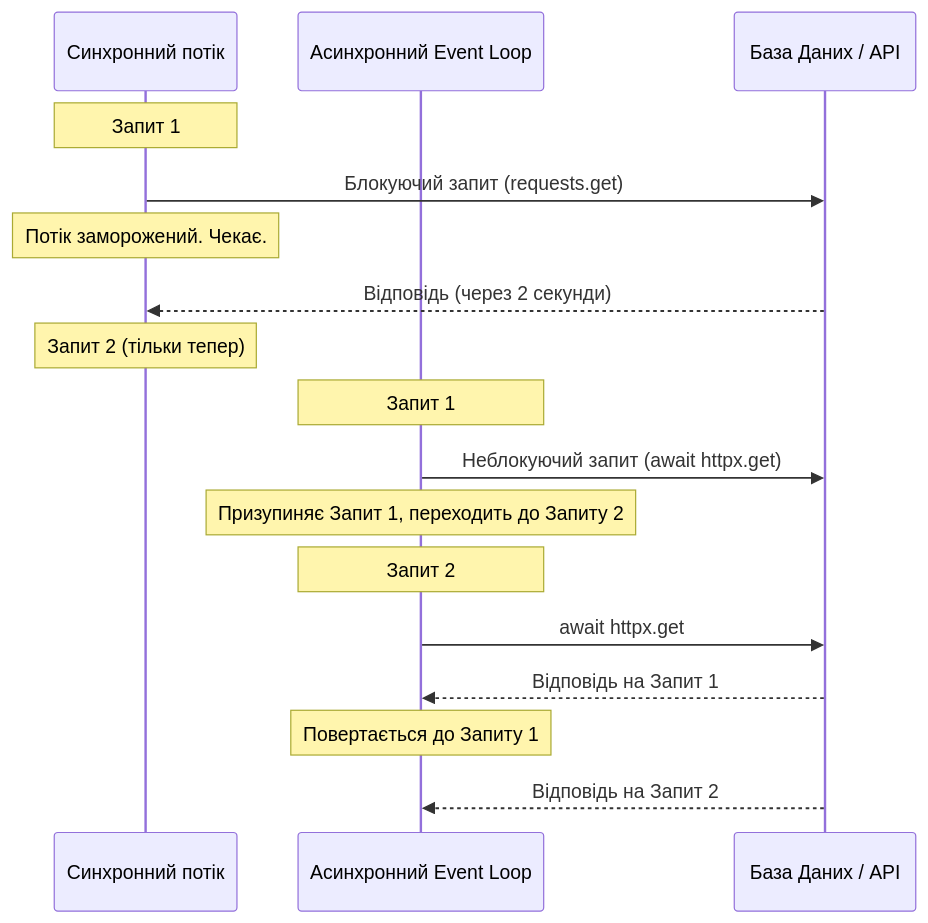
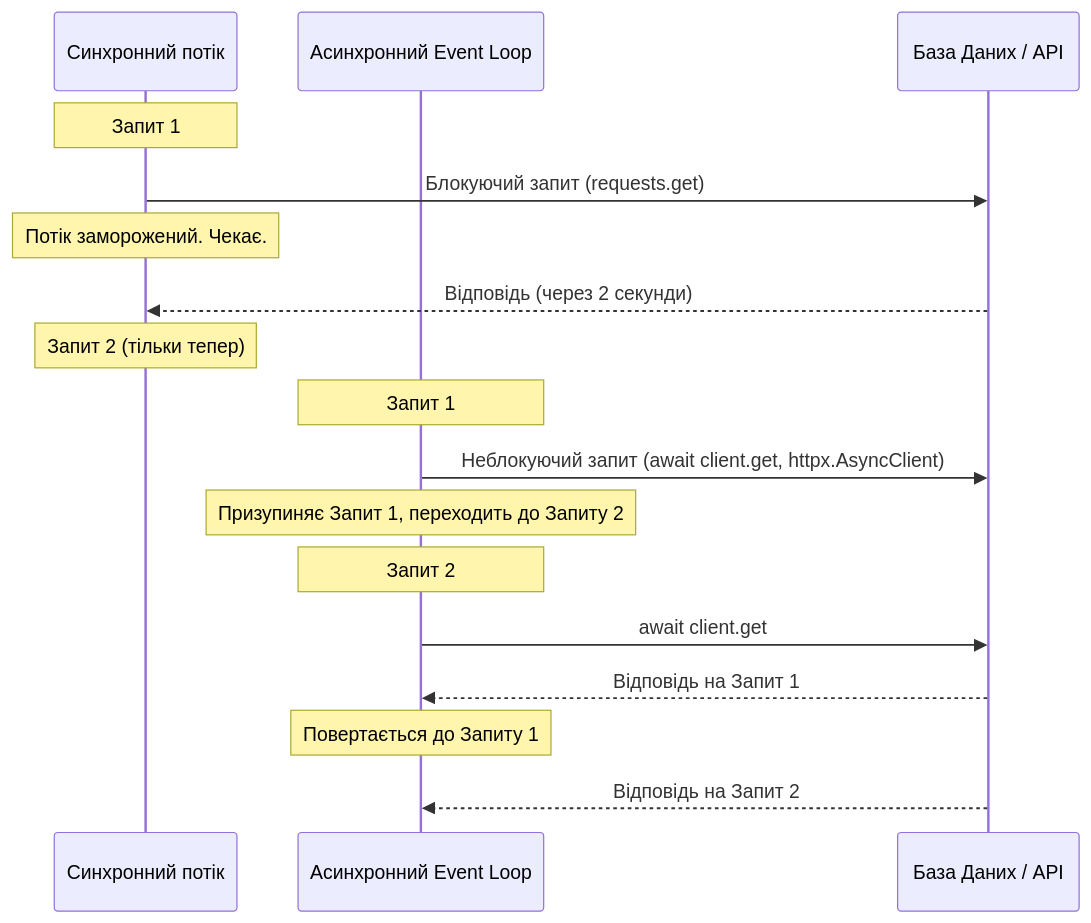
One commit to NikoriakViktot/notes_chat_app changed the first of 2 diagrams in docs/09_async_and_realtime/async_01_sync_vs_async_full.md. Above: the diagram before and after it, drawn with Mermaid. The commit also changed other lines of this file and 441 other files, not shown here.

First line of the commit message:
Add English version of the book, Mermaid standard, docs fixes

````diff
--- a/docs/09_async_and_realtime/async_01_sync_vs_async_full.md
+++ b/docs/09_async_and_realtime/async_01_sync_vs_async_full.md
@@ -78,21 +78,21 @@
 ```mermaid
 sequenceDiagram
     participant S as Синхронний потік
     participant A as Асинхронний Event Loop
     participant DB as База Даних / API
 
     Note over S: Запит 1
     S->>DB: Блокуючий запит (requests.get)
     Note over S: Потік заморожений. Чекає.
     DB-->>S: Відповідь (через 2 секунди)
     Note over S: Запит 2 (тільки тепер)
 
     Note over A: Запит 1
-    A->>DB: Неблокуючий запит (await httpx.get)
+    A->>DB: Неблокуючий запит (await client.get, httpx.AsyncClient)
     Note over A: Призупиняє Запит 1, переходить до Запиту 2
     Note over A: Запит 2
-    A->>DB: await httpx.get
+    A->>DB: await client.get
     DB-->>A: Відповідь на Запит 1
     Note over A: Повертається до Запиту 1
     DB-->>A: Відповідь на Запит 2
 ```
````
